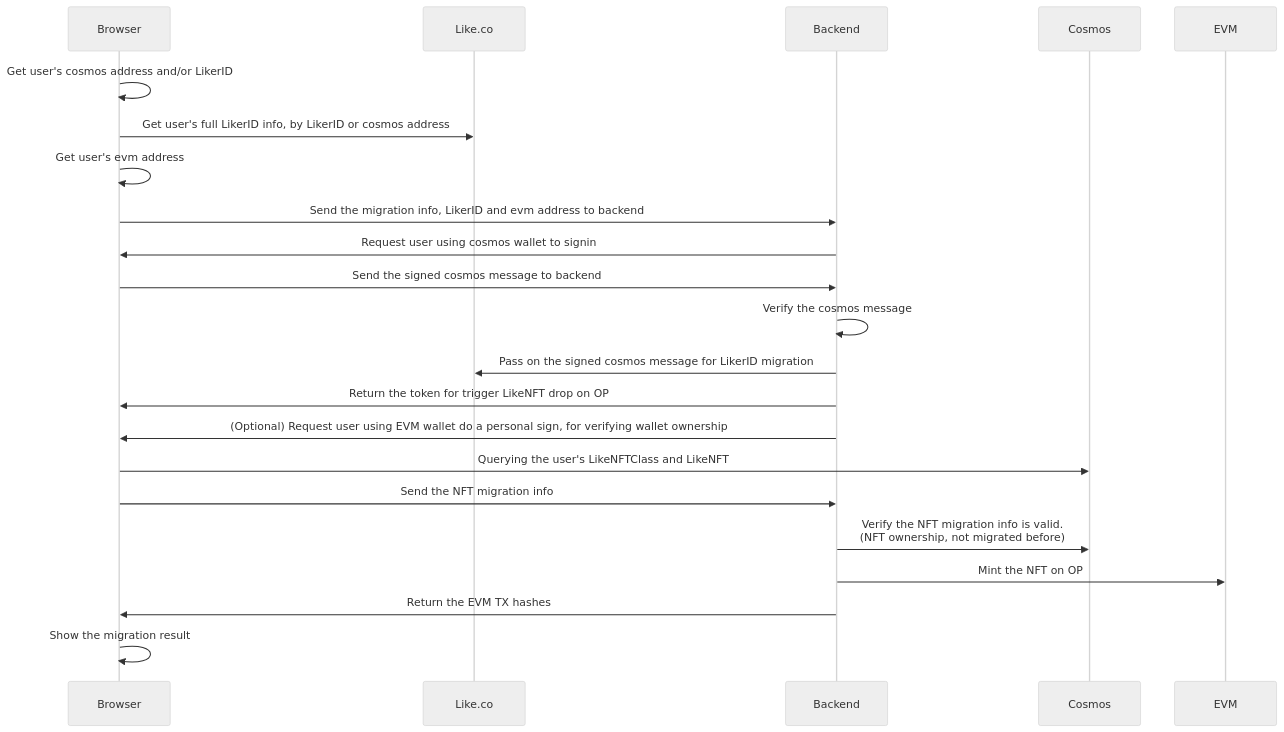
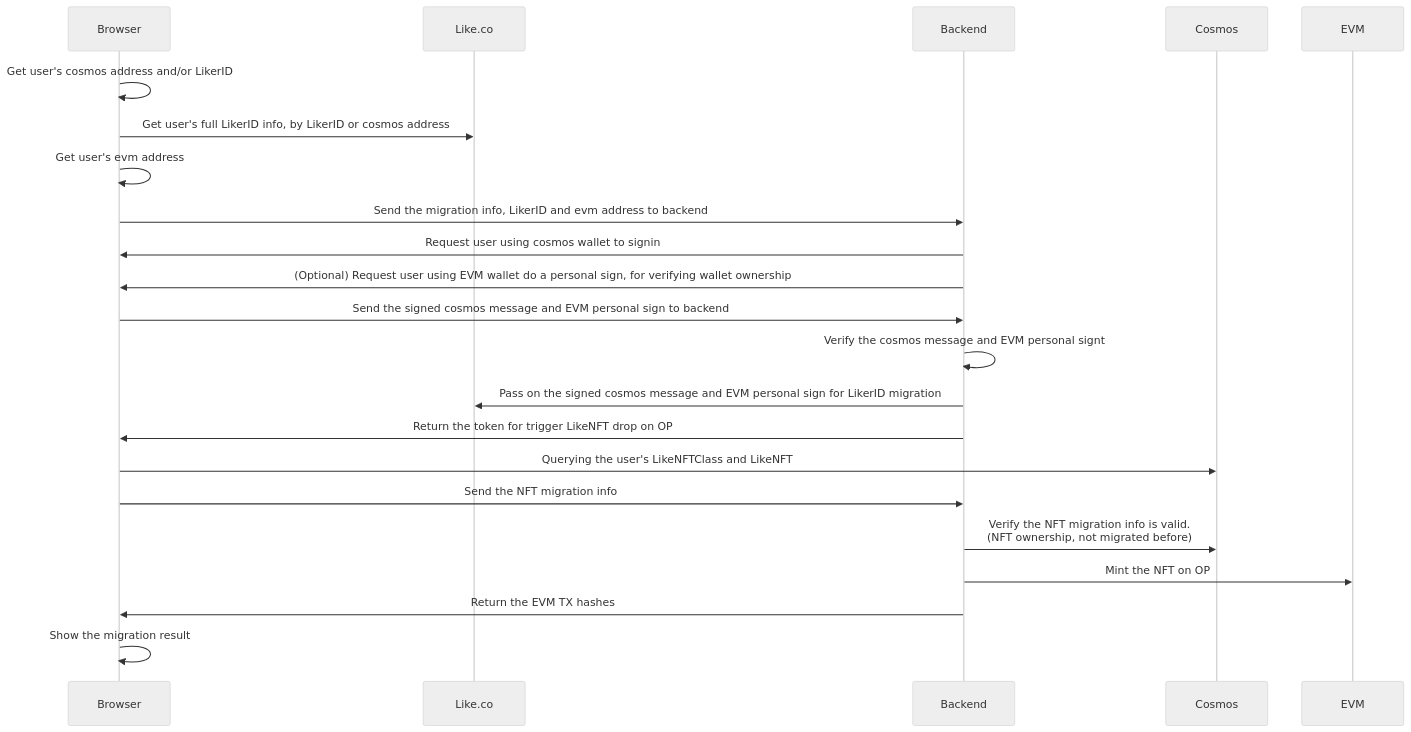
Before and after one commit to williamchong/likecoin-op: the diagram in likenft-migration/README.md, drawn with Mermaid (neutral theme).

Commit message:
Update the order to make cosmo/evm signature pass together to backend

````diff
--- a/likenft-migration/README.md
+++ b/likenft-migration/README.md
@@ -22,19 +22,19 @@
 ```mermaid
 sequenceDiagram 
     Browser->>Browser: Get user's cosmos address and/or LikerID
     Browser->>Like.co: Get user's full LikerID info, by LikerID or cosmos address
     Browser->>Browser: Get user's evm address
     Browser->>Backend: Send the migration info, LikerID and evm address to backend
     Backend->>Browser: Request user using cosmos wallet to signin
-    Browser->>Backend: Send the signed cosmos message to backend
-    Backend->>Backend: Verify the cosmos message
-    Backend->>Like.co: Pass on the signed cosmos message for LikerID migration
+    Backend->>Browser: (Optional) Request user using EVM wallet do a personal sign, for verifying wallet ownership
+    Browser->>Backend: Send the signed cosmos message and EVM personal sign to backend
+    Backend->>Backend: Verify the cosmos message and EVM personal signt
+    Backend->>Like.co: Pass on the signed cosmos message and EVM personal sign for LikerID migration
     Backend->>Browser: Return the token for trigger LikeNFT drop on OP
-    Backend->>Browser: (Optional) Request user using EVM wallet do a personal sign, for verifying wallet ownership
     Browser->>Cosmos: Querying the user's LikeNFTClass and LikeNFT
     Browser->>Backend: Send the NFT migration info
     Backend->>Cosmos: Verify the NFT migration info is valid.<br> (NFT ownership, not migrated before)
     Backend->>EVM: Mint the NFT on OP
     Backend->>Browser: Return the EVM TX hashes
     Browser->>Browser: Show the migration result
 ```
````
